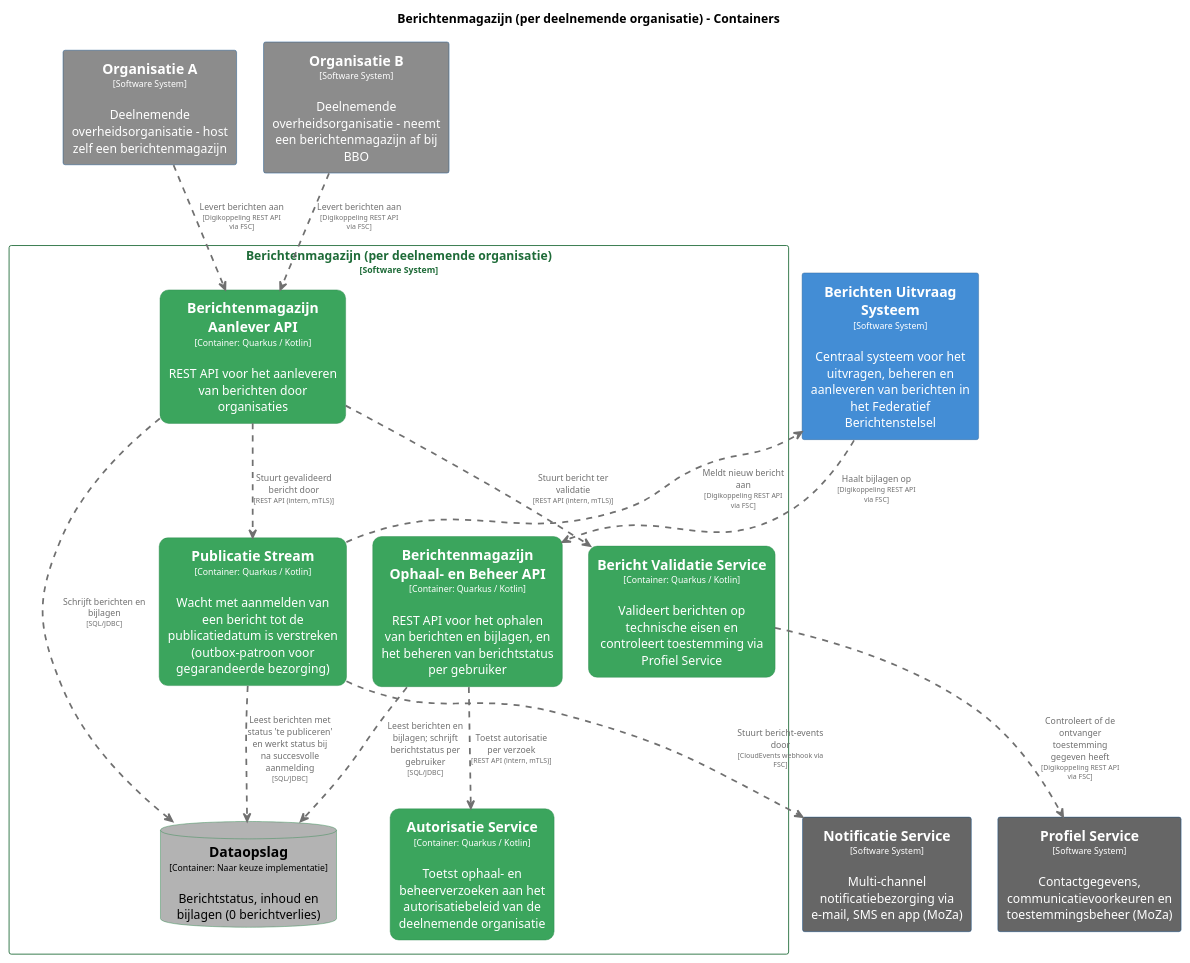
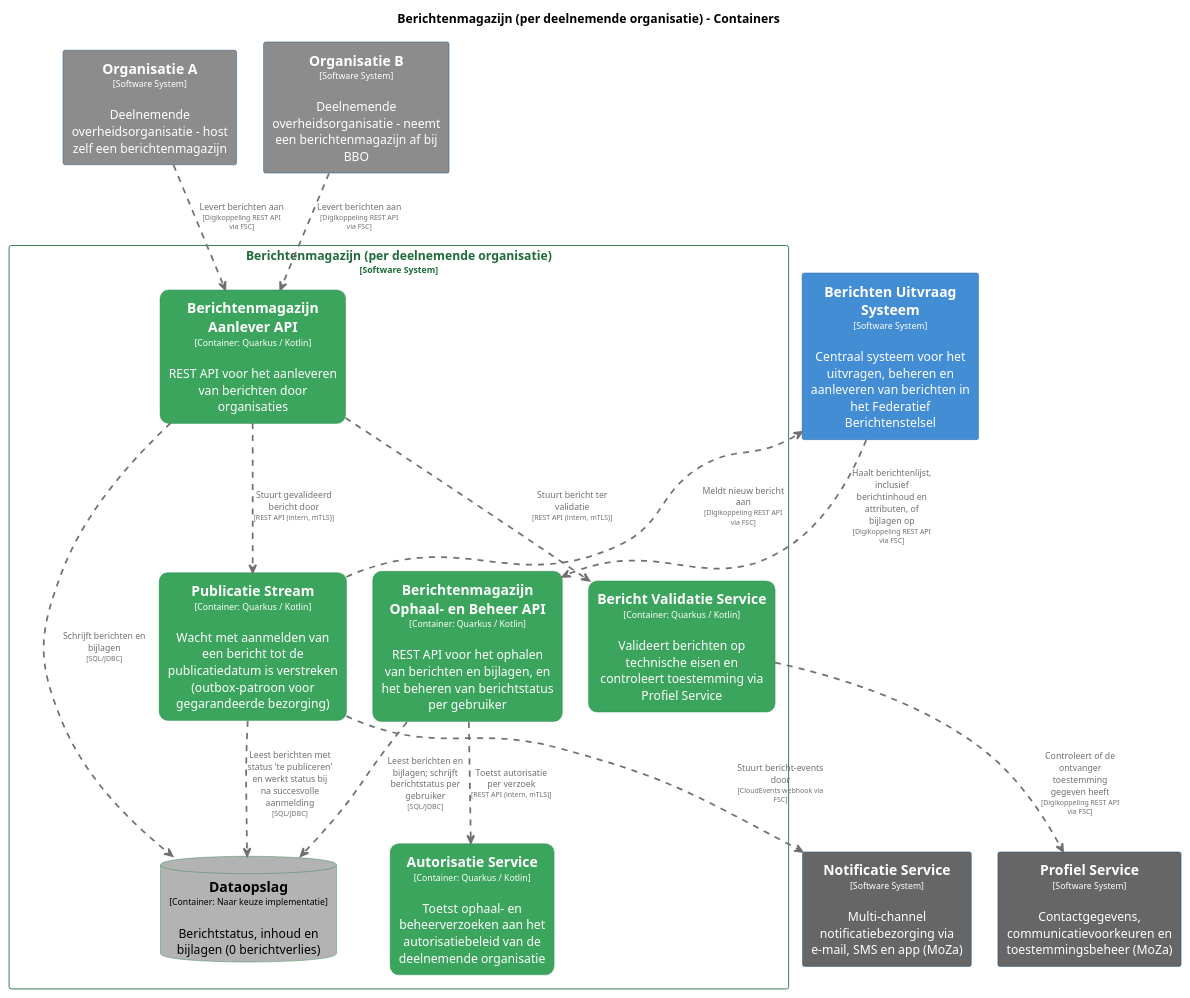
The diagram in pr-preview/pr-29/master/puml/BerichtenmagazijnContainers.puml (MinBZK/moza-poc-fbs-berichtenbox), drawn with PlantUML before and after one commit. The commit also changed 38 other files, not shown here.

```diff
--- a/pr-preview/pr-29/master/puml/BerichtenmagazijnContainers.puml
+++ b/pr-preview/pr-29/master/puml/BerichtenmagazijnContainers.puml
@@ -1,122 +1,122 @@
 @startuml
 set separator none
 title Berichtenmagazijn (per deelnemende organisatie) - Containers
 
 top to bottom direction
 skinparam ranksep 60
 skinparam nodesep 30
 
 skinparam {
   arrowFontSize 10
   defaultTextAlignment center
   wrapWidth 200
   maxMessageSize 100
 }
 
 hide stereotype
 
 skinparam rectangle<<Berichtenmagazijnperdeelnemendeorganisatie.AutorisatieService>> {
   BackgroundColor #3ba55d
   FontColor #ffffff
   BorderColor #2d8a4e
   roundCorner 20
   shadowing false
 }
 skinparam rectangle<<Berichtenmagazijnperdeelnemendeorganisatie.BerichtValidatieService>> {
   BackgroundColor #3ba55d
   FontColor #ffffff
   BorderColor #2d8a4e
   roundCorner 20
   shadowing false
 }
 skinparam rectangle<<BerichtenUitvraagSysteem>> {
   BackgroundColor #438dd5
   FontColor #ffffff
   BorderColor #2e6295
   shadowing false
 }
 skinparam rectangle<<Berichtenmagazijnperdeelnemendeorganisatie.BerichtenmagazijnAanleverAPI>> {
   BackgroundColor #3ba55d
   FontColor #ffffff
   BorderColor #2d8a4e
   roundCorner 20
   shadowing false
 }
 skinparam rectangle<<Berichtenmagazijnperdeelnemendeorganisatie.BerichtenmagazijnOphaalenBeheerAPI>> {
   BackgroundColor #3ba55d
   FontColor #ffffff
   BorderColor #2d8a4e
   roundCorner 20
   shadowing false
 }
 skinparam database<<Berichtenmagazijnperdeelnemendeorganisatie.Dataopslag>> {
   BackgroundColor #b3b3b3
   FontColor #000000
   BorderColor #2d8a4e
   shadowing false
 }
 skinparam rectangle<<NotificatieService>> {
   BackgroundColor #666666
   FontColor #ffffff
   BorderColor #0b4884
   shadowing false
 }
 skinparam rectangle<<OrganisatieA>> {
   BackgroundColor #8c8c8c
   FontColor #ffffff
   BorderColor #0b4884
   shadowing false
 }
 skinparam rectangle<<OrganisatieB>> {
   BackgroundColor #8c8c8c
   FontColor #ffffff
   BorderColor #0b4884
   shadowing false
 }
 skinparam rectangle<<ProfielService>> {
   BackgroundColor #666666
   FontColor #ffffff
   BorderColor #0b4884
   shadowing false
 }
 skinparam rectangle<<Berichtenmagazijnperdeelnemendeorganisatie.PublicatieStream>> {
   BackgroundColor #3ba55d
   FontColor #ffffff
   BorderColor #2d8a4e
   roundCorner 20
   shadowing false
 }
 skinparam rectangle<<Berichtenmagazijnperdeelnemendeorganisatie>> {
   BorderColor #1e6b38
   FontColor #1e6b38
   shadowing false
 }
 
 rectangle "==Profiel Service\n<size:10>[Software System]</size>\n\nContactgegevens, communicatievoorkeuren en toestemmingsbeheer (MoZa)" <<ProfielService>> as ProfielService
 rectangle "==Notificatie Service\n<size:10>[Software System]</size>\n\nMulti-channel notificatiebezorging via e-mail, SMS en app (MoZa)" <<NotificatieService>> as NotificatieService
 rectangle "==Organisatie A\n<size:10>[Software System]</size>\n\nDeelnemende overheidsorganisatie - host zelf een berichtenmagazijn" <<OrganisatieA>> as OrganisatieA
 rectangle "==Organisatie B\n<size:10>[Software System]</size>\n\nDeelnemende overheidsorganisatie - neemt een berichtenmagazijn af bij BBO" <<OrganisatieB>> as OrganisatieB
 rectangle "==Berichten Uitvraag Systeem\n<size:10>[Software System]</size>\n\nCentraal systeem voor het uitvragen, beheren en aanleveren van berichten in het Federatief Berichtenstelsel" <<BerichtenUitvraagSysteem>> as BerichtenUitvraagSysteem
 
 rectangle "Berichtenmagazijn (per deelnemende organisatie)\n<size:10>[Software System]</size>" <<Berichtenmagazijnperdeelnemendeorganisatie>> {
   rectangle "==Berichtenmagazijn Ophaal- en Beheer API\n<size:10>[Container: Quarkus / Kotlin]</size>\n\nREST API voor het ophalen van berichten en bijlagen, en het beheren van berichtstatus per gebruiker" <<Berichtenmagazijnperdeelnemendeorganisatie.BerichtenmagazijnOphaalenBeheerAPI>> as Berichtenmagazijnperdeelnemendeorganisatie.BerichtenmagazijnOphaalenBeheerAPI
   rectangle "==Berichtenmagazijn Aanlever API\n<size:10>[Container: Quarkus / Kotlin]</size>\n\nREST API voor het aanleveren van berichten door organisaties" <<Berichtenmagazijnperdeelnemendeorganisatie.BerichtenmagazijnAanleverAPI>> as Berichtenmagazijnperdeelnemendeorganisatie.BerichtenmagazijnAanleverAPI
   database "==Dataopslag\n<size:10>[Container: Naar keuze implementatie]</size>\n\nBerichtstatus, inhoud en bijlagen (0 berichtverlies)" <<Berichtenmagazijnperdeelnemendeorganisatie.Dataopslag>> as Berichtenmagazijnperdeelnemendeorganisatie.Dataopslag
   rectangle "==Bericht Validatie Service\n<size:10>[Container: Quarkus / Kotlin]</size>\n\nValideert berichten op technische eisen en controleert toestemming via Profiel Service" <<Berichtenmagazijnperdeelnemendeorganisatie.BerichtValidatieService>> as Berichtenmagazijnperdeelnemendeorganisatie.BerichtValidatieService
   rectangle "==Publicatie Stream\n<size:10>[Container: Quarkus / Kotlin]</size>\n\nWacht met aanmelden van een bericht tot de publicatiedatum is verstreken (outbox-patroon voor gegarandeerde bezorging)" <<Berichtenmagazijnperdeelnemendeorganisatie.PublicatieStream>> as Berichtenmagazijnperdeelnemendeorganisatie.PublicatieStream
   rectangle "==Autorisatie Service\n<size:10>[Container: Quarkus / Kotlin]</size>\n\nToetst ophaal- en beheerverzoeken aan het autorisatiebeleid van de deelnemende organisatie" <<Berichtenmagazijnperdeelnemendeorganisatie.AutorisatieService>> as Berichtenmagazijnperdeelnemendeorganisatie.AutorisatieService
 }
 
 Berichtenmagazijnperdeelnemendeorganisatie.PublicatieStream .[#707070,thickness=2].> BerichtenUitvraagSysteem : "<color:#707070>Meldt nieuw bericht aan\n<color:#707070><size:8>[Digikoppeling REST API via FSC]</size>"
 Berichtenmagazijnperdeelnemendeorganisatie.PublicatieStream .[#707070,thickness=2].> NotificatieService : "<color:#707070>Stuurt bericht-events door\n<color:#707070><size:8>[CloudEvents webhook via FSC]</size>"
 OrganisatieA .[#707070,thickness=2].> Berichtenmagazijnperdeelnemendeorganisatie.BerichtenmagazijnAanleverAPI : "<color:#707070>Levert berichten aan\n<color:#707070><size:8>[Digikoppeling REST API via FSC]</size>"
 OrganisatieB .[#707070,thickness=2].> Berichtenmagazijnperdeelnemendeorganisatie.BerichtenmagazijnAanleverAPI : "<color:#707070>Levert berichten aan\n<color:#707070><size:8>[Digikoppeling REST API via FSC]</size>"
 Berichtenmagazijnperdeelnemendeorganisatie.BerichtValidatieService .[#707070,thickness=2].> ProfielService : "<color:#707070>Controleert of de ontvanger toestemming gegeven heeft\n<color:#707070><size:8>[Digikoppeling REST API via FSC]</size>"
 Berichtenmagazijnperdeelnemendeorganisatie.BerichtenmagazijnOphaalenBeheerAPI .[#707070,thickness=2].> Berichtenmagazijnperdeelnemendeorganisatie.Dataopslag : "<color:#707070>Leest berichten en bijlagen; schrijft berichtstatus per gebruiker\n<color:#707070><size:8>[SQL/JDBC]</size>"
 Berichtenmagazijnperdeelnemendeorganisatie.BerichtenmagazijnAanleverAPI .[#707070,thickness=2].> Berichtenmagazijnperdeelnemendeorganisatie.Dataopslag : "<color:#707070>Schrijft berichten en bijlagen\n<color:#707070><size:8>[SQL/JDBC]</size>"
 Berichtenmagazijnperdeelnemendeorganisatie.BerichtenmagazijnAanleverAPI .[#707070,thickness=2].> Berichtenmagazijnperdeelnemendeorganisatie.BerichtValidatieService : "<color:#707070>Stuurt bericht ter validatie\n<color:#707070><size:8>[REST API (intern, mTLS)]</size>"
 Berichtenmagazijnperdeelnemendeorganisatie.BerichtenmagazijnAanleverAPI .[#707070,thickness=2].> Berichtenmagazijnperdeelnemendeorganisatie.PublicatieStream : "<color:#707070>Stuurt gevalideerd bericht door\n<color:#707070><size:8>[REST API (intern, mTLS)]</size>"
 Berichtenmagazijnperdeelnemendeorganisatie.PublicatieStream .[#707070,thickness=2].> Berichtenmagazijnperdeelnemendeorganisatie.Dataopslag : "<color:#707070>Leest berichten met status 'te publiceren' en werkt status bij na succesvolle aanmelding\n<color:#707070><size:8>[SQL/JDBC]</size>"
 Berichtenmagazijnperdeelnemendeorganisatie.BerichtenmagazijnOphaalenBeheerAPI .[#707070,thickness=2].> Berichtenmagazijnperdeelnemendeorganisatie.AutorisatieService : "<color:#707070>Toetst autorisatie per verzoek\n<color:#707070><size:8>[REST API (intern, mTLS)]</size>"
-BerichtenUitvraagSysteem .[#707070,thickness=2].> Berichtenmagazijnperdeelnemendeorganisatie.BerichtenmagazijnOphaalenBeheerAPI : "<color:#707070>Haalt bijlagen op\n<color:#707070><size:8>[Digikoppeling REST API via FSC]</size>"
+BerichtenUitvraagSysteem .[#707070,thickness=2].> Berichtenmagazijnperdeelnemendeorganisatie.BerichtenmagazijnOphaalenBeheerAPI : "<color:#707070>Haalt berichtenlijst, inclusief berichtinhoud en attributen, of bijlagen op\n<color:#707070><size:8>[Digikoppeling REST API via FSC]</size>"
 @enduml
```
